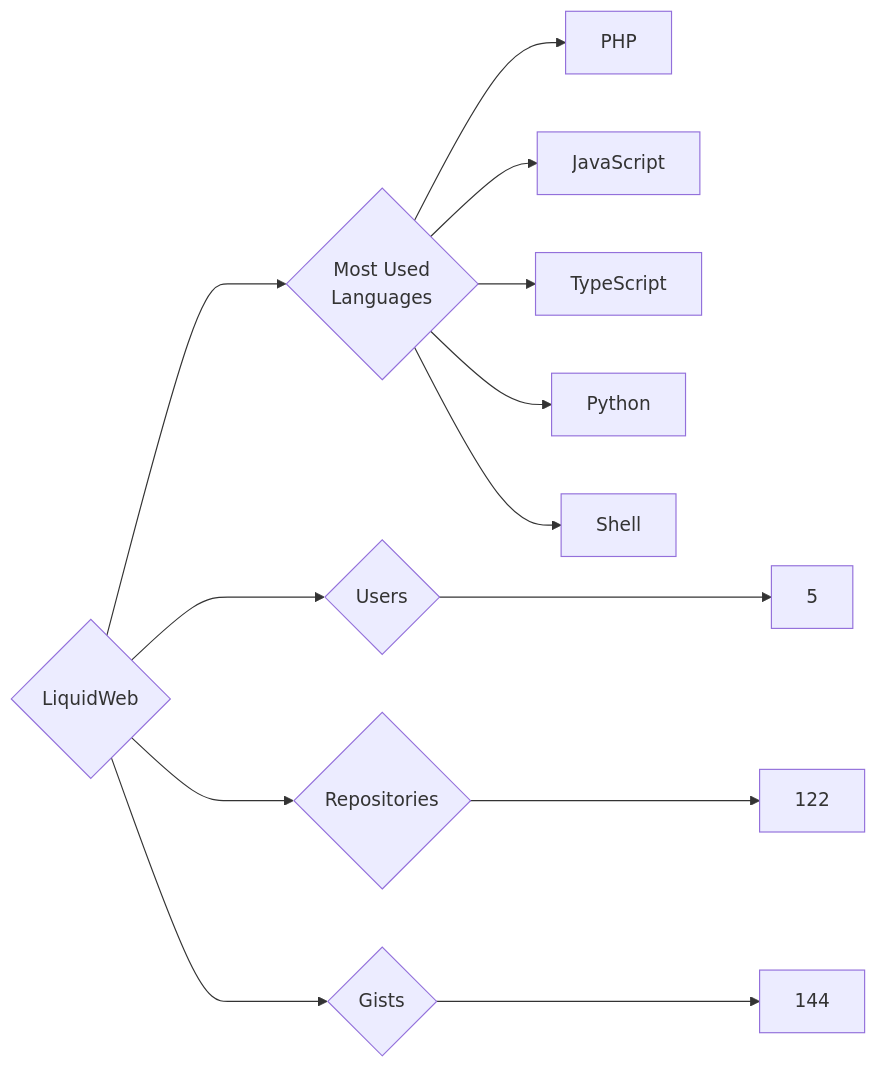
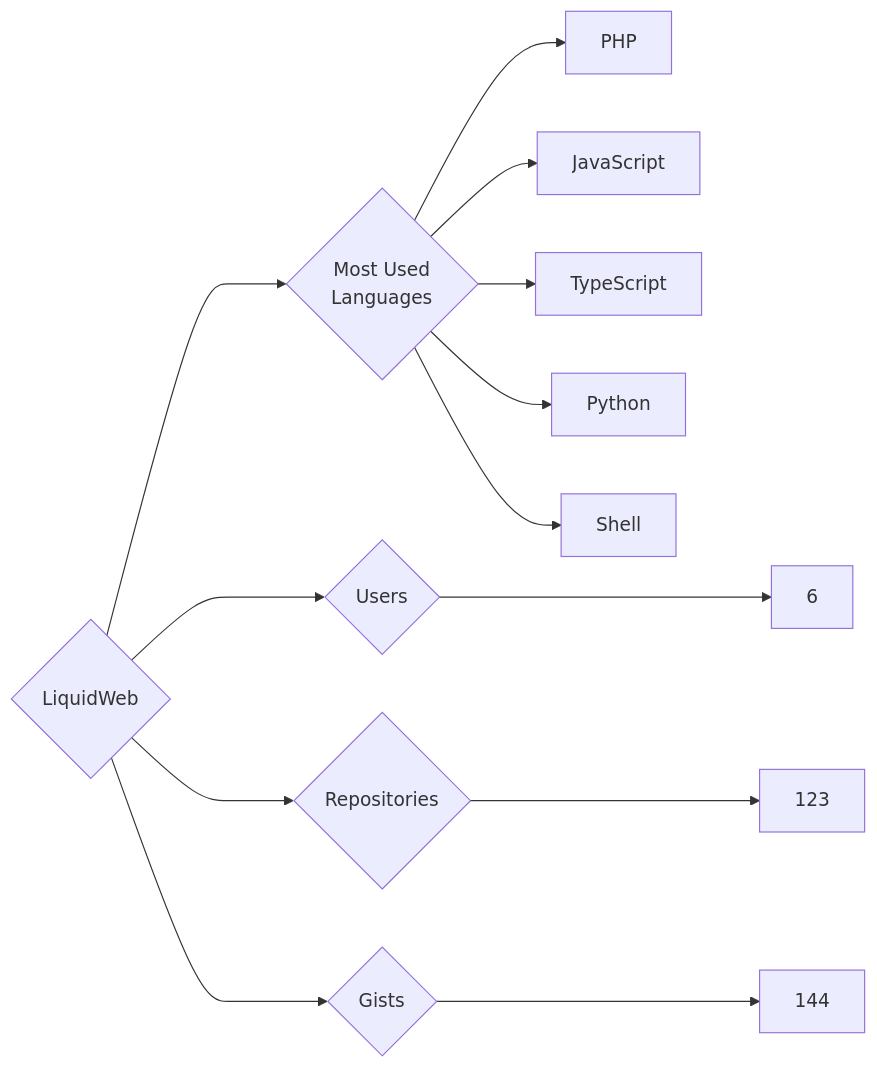
One commit to trickest/insiders changed the diagram in targets/LiquidWeb/README.md. Above: the diagram before and after it, drawn with Mermaid. The commit also changed 773 other files, not shown here.

````diff
--- a/targets/LiquidWeb/README.md
+++ b/targets/LiquidWeb/README.md
@@ -3,13 +3,13 @@
 ```mermaid
 graph LR
 COMPANY_NAME{LiquidWeb}
-COMPANY_NAME ---> U{Users} ---> UN[5]
-COMPANY_NAME ---> R{Repositories} ---> RN[122]
+COMPANY_NAME ---> U{Users} ---> UN[6]
+COMPANY_NAME ---> R{Repositories} ---> RN[123]
 COMPANY_NAME ---> G{Gists} ---> GN[144]
 COMPANY_NAME ---> ML{Most Used<br>Languages}
 ML --> PHP[PHP]
 ML --> JavaScript[JavaScript]
 ML --> TypeScript[TypeScript]
 ML --> Python[Python]
 ML --> Shell[Shell]
 ```
````
